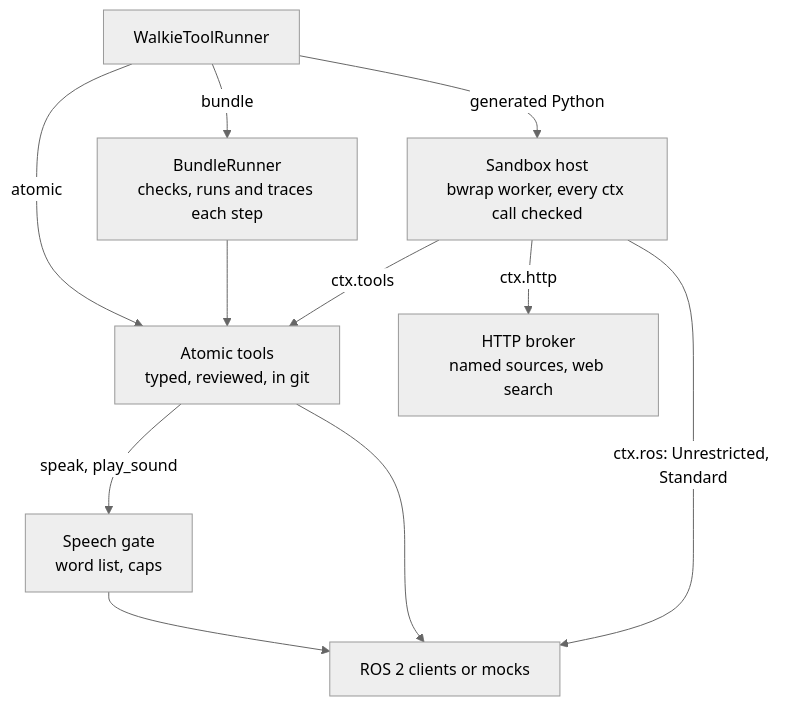
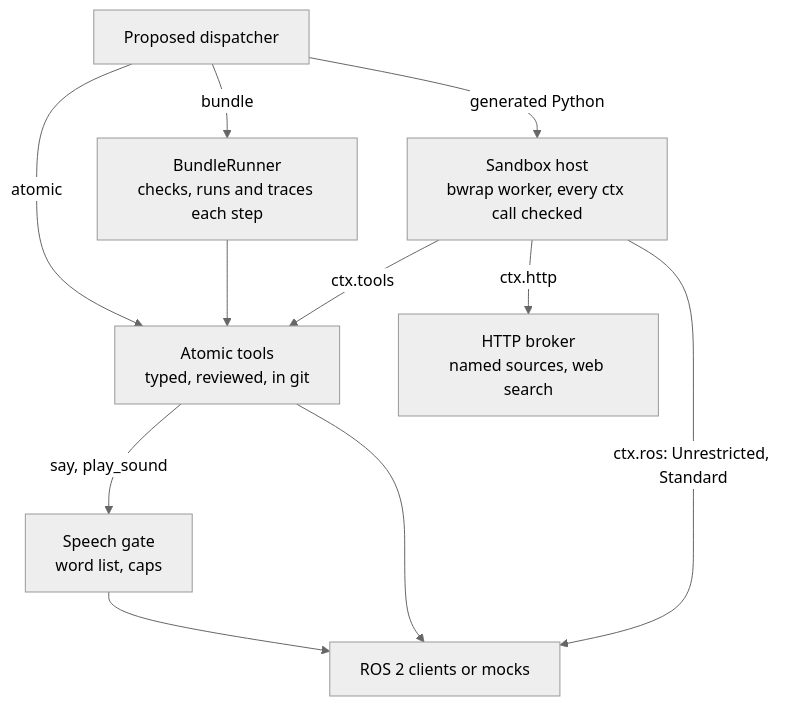
One commit to EIC-Robocup-2026/walkie-agent-ros changed the third of 5 diagrams in docs/architecture/self-evolving-agent.md. Above: the diagram before and after it, drawn with Mermaid (neutral theme). The commit also changed other lines of this file, not shown here.

````diff
--- a/docs/architecture/self-evolving-agent.md
+++ b/docs/architecture/self-evolving-agent.md
@@ -158,13 +172,13 @@
 ```mermaid
 flowchart TD
-    TR["WalkieToolRunner"] -->|"atomic"| ATOM["Atomic tools<br/>typed, reviewed, in git"]
+    TR["Proposed dispatcher"] -->|"atomic"| ATOM["Atomic tools<br/>typed, reviewed, in git"]
     TR -->|"bundle"| RUN["BundleRunner<br/>checks, runs and traces each step"]
     TR -->|"generated Python"| HOST["Sandbox host<br/>bwrap worker, every ctx call checked"]
     RUN --> ATOM
     HOST -->|"ctx.tools"| ATOM
     HOST -->|"ctx.http"| WEB["HTTP broker<br/>named sources, web search"]
     HOST -->|"ctx.ros: Unrestricted, Standard"| BE
-    ATOM -->|"speak, play_sound"| SG["Speech gate<br/>word list, caps"]
+    ATOM -->|"say, play_sound"| SG["Speech gate<br/>word list, caps"]
     ATOM --> BE["ROS 2 clients or mocks"]
     SG --> BE
 ```
````
